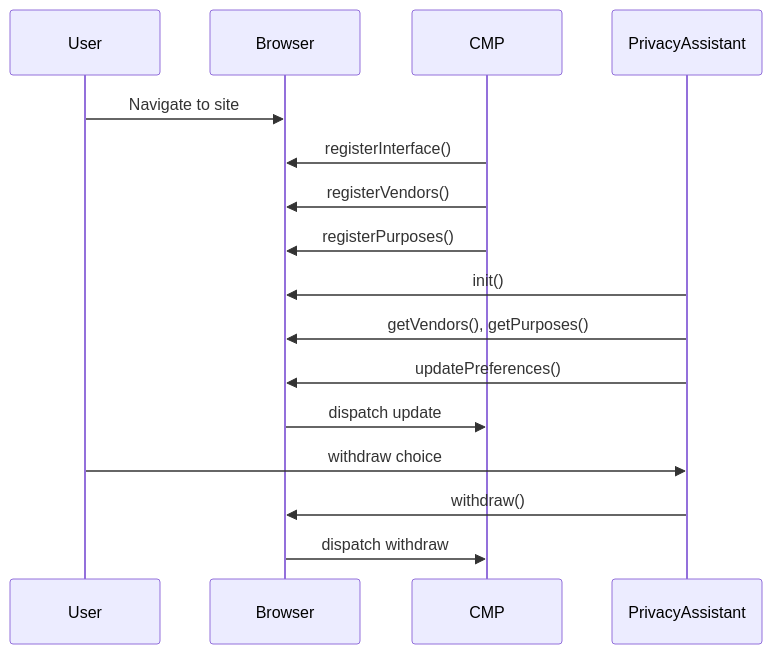
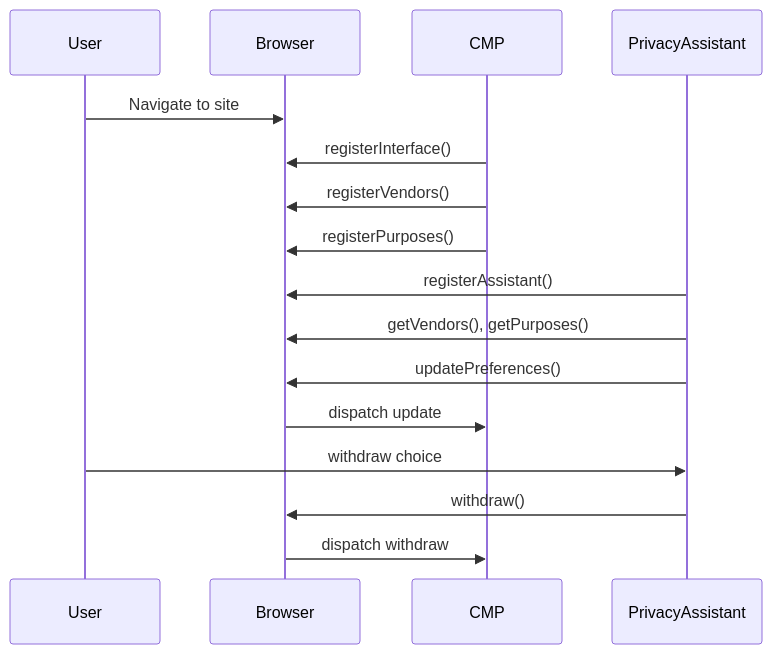
One commit to navigatorconsent/spec changed the first of 2 diagrams in rfc.md. Above: the diagram before and after it, drawn with Mermaid. The commit also changed other lines of this file, not shown here.

First line of the commit message:
RFC: replace init() with registerAssistant() per D-032

````diff
--- a/rfc.md
+++ b/rfc.md
@@ -699,19 +711,19 @@
 ```mermaid
 sequenceDiagram
     participant user as User
     participant browser as Browser
     participant cmp as CMP
     participant pas as PrivacyAssistant
 
     user->>browser: Navigate to site
     cmp->>browser: registerInterface()
     cmp->>browser: registerVendors()
     cmp->>browser: registerPurposes()
-    pas->>browser: init()
+    pas->>browser: registerAssistant()
     pas->>browser: getVendors(), getPurposes()
     pas->>browser: updatePreferences()
     browser->>cmp: dispatch update
     user->>pas: withdraw choice
     pas->>browser: withdraw()
     browser->>cmp: dispatch withdraw
 ```
````
